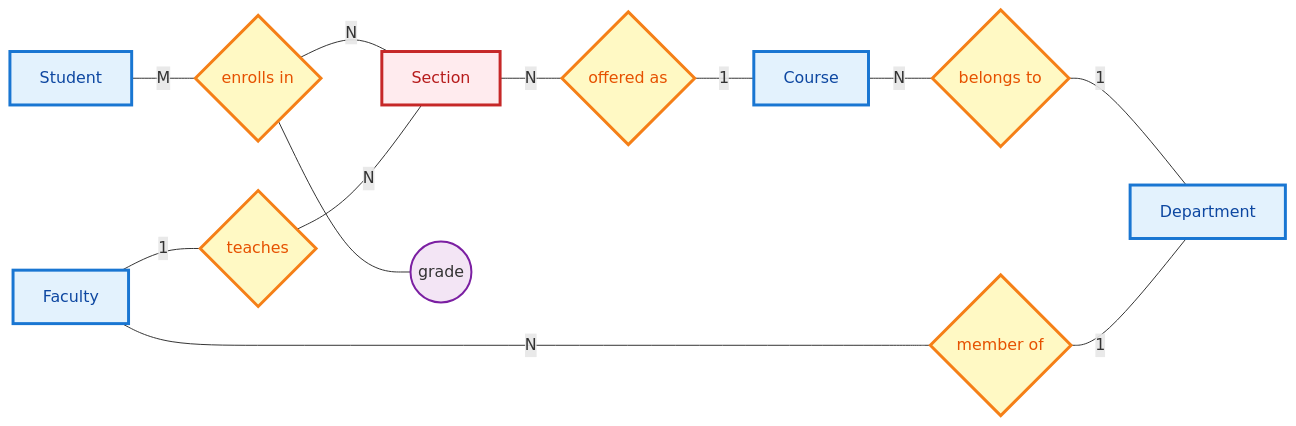
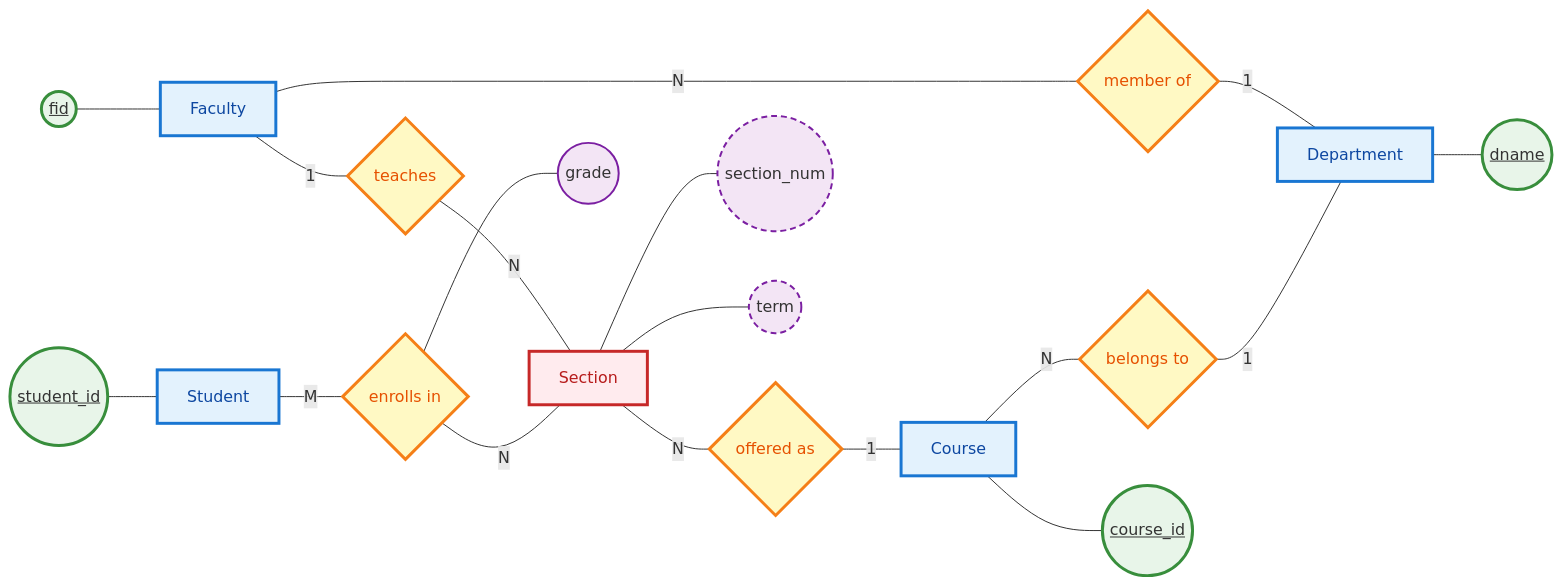
The ninth of 10 diagrams in lecture-outlines/day7-er-to-relations/slides.md (ufdatastudio/cop5725fa26), drawn with Mermaid before and after one commit. The commit also changed other lines of this file and 6 other files, not shown here.

First line of the commit message:
docs: show keys on every day 7 registrar graph and fix three overflowing slides

````diff
--- a/lecture-outlines/day7-er-to-relations/slides.md
+++ b/lecture-outlines/day7-er-to-relations/slides.md
@@ -508,22 +515,32 @@
 ```mermaid
 graph LR
   S["Student"] -- "M" --- E{"enrolls in"}
   E -- "N" --- Sec["<span class='weak-inner'>Section</span>"]
   Sec -- "N" --- O{"offered as"}
   O -- "1" --- C["Course"]
   C -- "N" --- B{"belongs to"}
   B -- "1" --- D["Department"]
   F["Faculty"] -- "N" --- M{"member of"}
   M -- "1" --- D
   F -- "1" --- T{"teaches"}
   T -- "N" --- Sec
   E --- G(("grade"))
+  SID(("<u>student_id</u>")) --- S
+  Sec --- SN(("<span class='partial-key'>section_num</span>"))
+  Sec --- TM(("<span class='partial-key'>term</span>"))
+  C --- CID(("<u>course_id</u>"))
+  D --- DN(("<u>dname</u>"))
+  FID(("<u>fid</u>")) --- F
   classDef entity fill:#e3f2fd,stroke:#1976d2,stroke-width:3px,color:#0d47a1
   classDef weak fill:#ffebee,stroke:#c62828,stroke-width:3px,color:#b71c1c
   classDef rel fill:#fff9c4,stroke:#f57f17,stroke-width:3px,color:#e65100
   classDef attr fill:#f3e5f5,stroke:#7b1fa2,stroke-width:2px
+  classDef key fill:#e8f5e9,stroke:#388e3c,stroke-width:3px
+  classDef partkey fill:#f3e5f5,stroke:#7b1fa2,stroke-width:2px,stroke-dasharray:6 4
   class S,C,F,D entity
   class Sec weak
   class E,O,B,M,T rel
   class G attr
+  class SID,CID,DN,FID key
+  class SN,TM partkey
 ```
````
